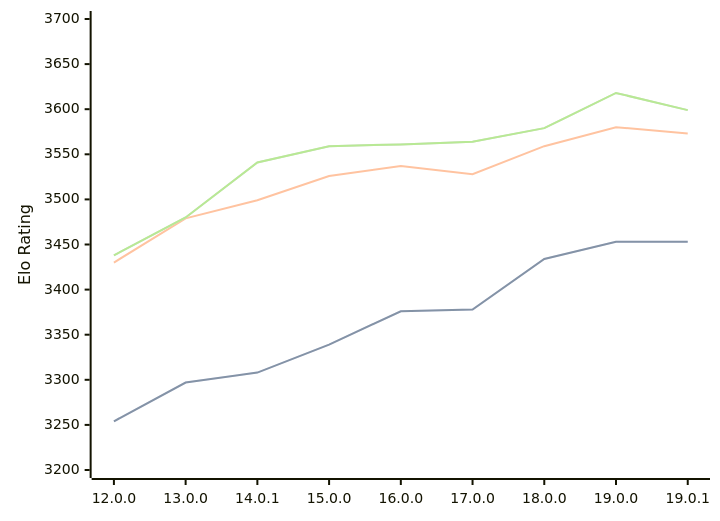
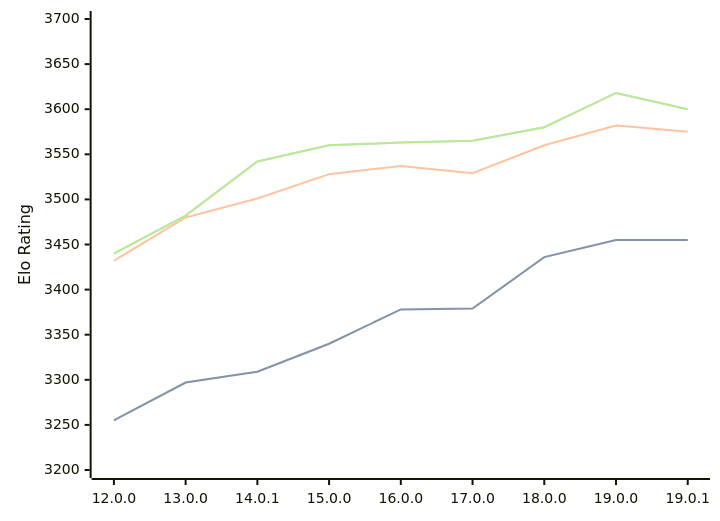
Before and after one commit to computer-chess-index/cci: the diagram in engines/Viridithas.md, drawn with Mermaid. The commit also changed other lines of this file, not shown here.

Commit message:
Update CCI Ratings (ELO VLTC) - 2026-05-12

````diff
--- a/engines/Viridithas.md
+++ b/engines/Viridithas.md
@@ -63,11 +63,11 @@
 ```mermaid
 %%{init: {"theme":"base","themeVariables":{"seriesColors:['#a3a3a3','#222221','#faa371']}}}%%
 xychart-beta
   x-axis ["12.0.0", "13.0.0", "14.0.1", "15.0.0", "16.0.0", "17.0.0", "18.0.0", "19.0.0", "19.0.1"]
   y-axis "Elo Rating" 3200 --> 3700
-  line "STC (8.0+0.08s)" [3254, 3297, 3308, 3339, 3376, 3378, 3434, 3453, 3453]
-  line "STC (8.0+0.08s)" [3254, 3297, 3308, 3339, 3376, 3378, 3434, 3453, 3453]
-  line "LTC (60.0+0.60s)" [3430, 3479, 3499, 3526, 3537, 3528, 3559, 3580, 3573]
-  line "VLTC (2m24s+1.12s)" [3438, 3480, 3541, 3559, 3561, 3564, 3579, 3618, 3599]
-  line "VLTC (2m24s+1.12s)" [3438, 3480, 3541, 3559, 3561, 3564, 3579, 3618, 3599]
+  line "STC (8.0+0.08s)" [3255, 3297, 3309, 3340, 3378, 3379, 3436, 3455, 3455]
+  line "STC (8.0+0.08s)" [3255, 3297, 3309, 3340, 3378, 3379, 3436, 3455, 3455]
+  line "LTC (60.0+0.60s)" [3432, 3480, 3501, 3528, 3537, 3529, 3560, 3582, 3575]
+  line "VLTC (2m24s+1.12s)" [3440, 3482, 3542, 3560, 3563, 3565, 3580, 3618, 3600]
+  line "VLTC (2m24s+1.12s)" [3440, 3482, 3542, 3560, 3563, 3565, 3580, 3618, 3600]
 ```
````
